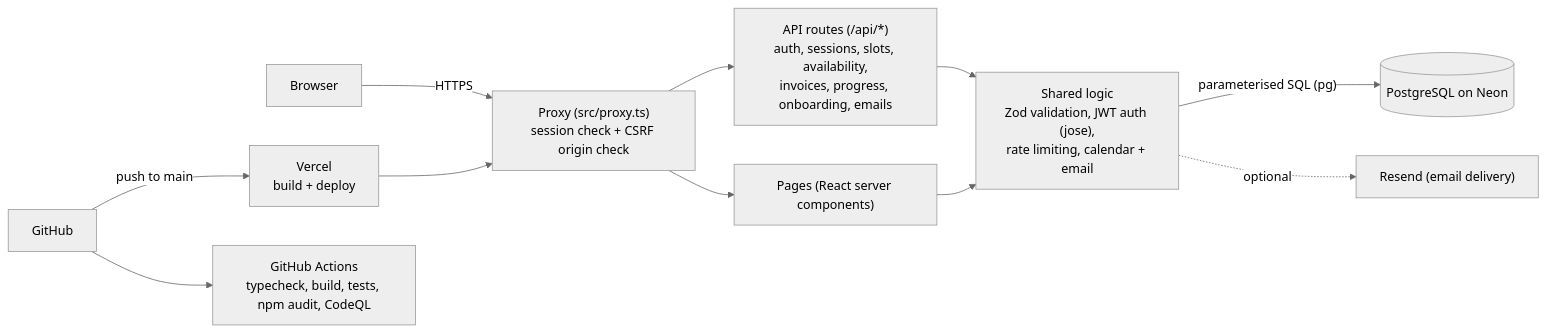
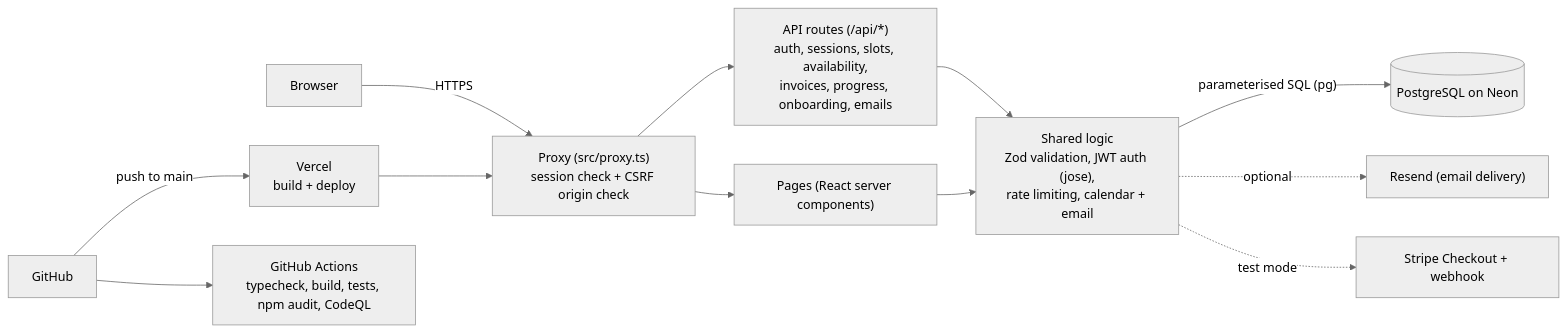
Before and after one commit to jj375600/jay-aesthetix: the first of 2 diagrams in README.md, drawn with Mermaid (neutral theme). The commit also changed other lines of this file, not shown here.

First line of the commit message:
Revise README for test count and Stripe integration

````diff
--- a/README.md
+++ b/README.md
@@ -27,13 +27,14 @@
 ```mermaid
 flowchart LR
   B["Browser"] -->|"HTTPS"| P["Proxy (src/proxy.ts)<br/>session check + CSRF origin check"]
   P --> PG["Pages (React server components)"]
   P --> API["API routes (/api/*)<br/>auth, sessions, slots, availability,<br/>invoices, progress, onboarding, emails"]
   API --> L["Shared logic<br/>Zod validation, JWT auth (jose),<br/>rate limiting, calendar + email"]
   PG --> L
   L -->|"parameterised SQL (pg)"| DB[("PostgreSQL on Neon")]
   L -.->|"optional"| R["Resend (email delivery)"]
+  L -.->|"test mode"| S["Stripe Checkout + webhook"]
   GH["GitHub"] -->|"push to main"| V["Vercel<br/>build + deploy"]
   GH --> CI["GitHub Actions<br/>typecheck, build, tests, npm audit, CodeQL"]
   V --> P
 ```
````
